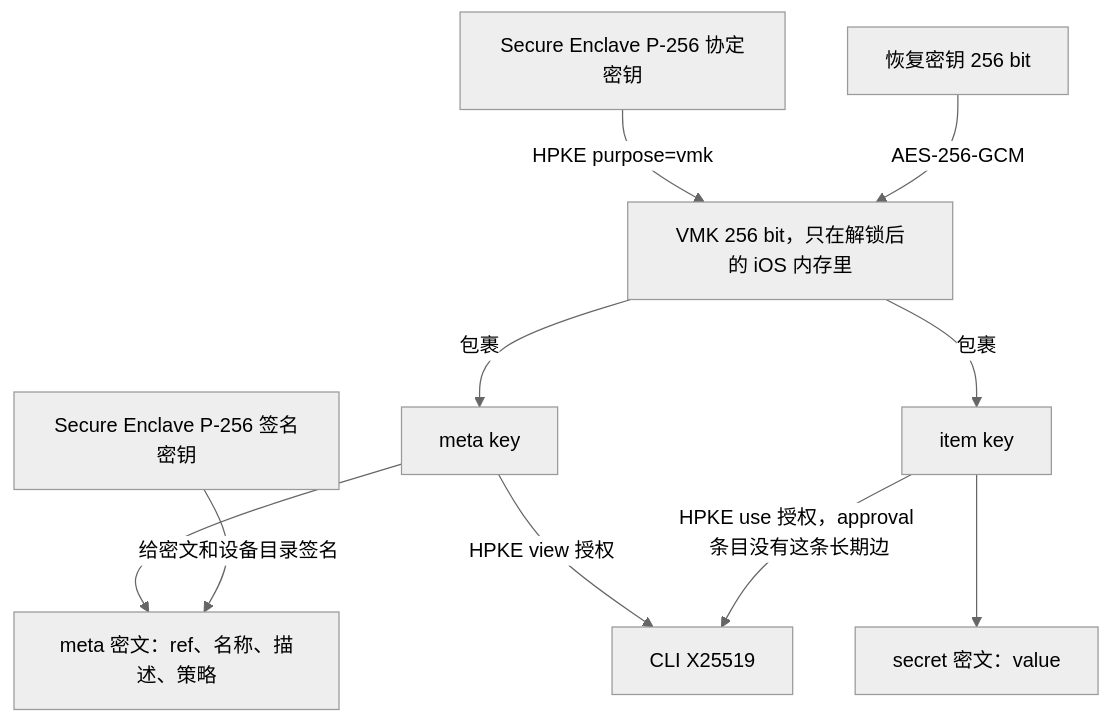
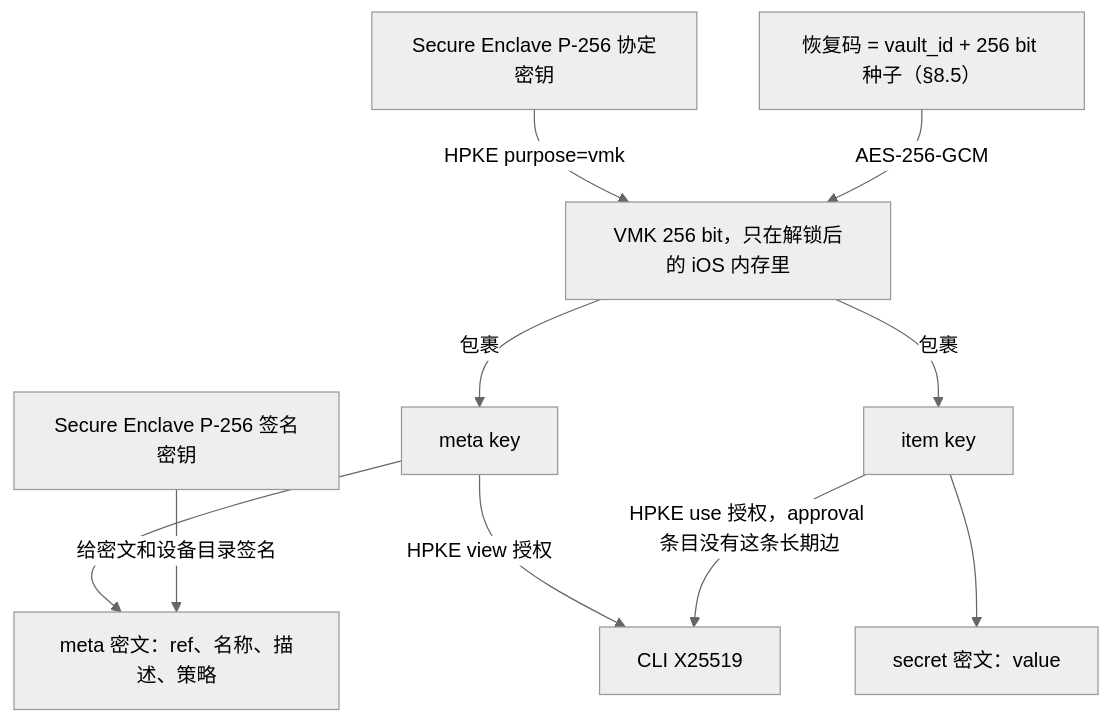
The third of 3 diagrams in docs/design.md (lidessen/keyref), drawn with Mermaid (neutral theme) before and after one commit. The commit also changed other lines of this file and 2 other files, not shown here.

````diff
--- a/docs/design.md
+++ b/docs/design.md
@@ -672,22 +754,22 @@
 ```mermaid
 flowchart TB
   SE["Secure Enclave P-256 协定密钥"]
   Sign["Secure Enclave P-256 签名密钥"]
   VMK["VMK 256 bit，只在解锁后的 iOS 内存里"]
-  Rec["恢复密钥 256 bit"]
+  Rec["恢复码 = vault_id + 256 bit 种子（§8.5）"]
   MetaK["meta key"]
   ItemK["item key"]
   MetaCT["meta 密文：ref、名称、描述、策略"]
   SecCT["secret 密文：value"]
   CLIkey["CLI X25519"]
 
   SE -->|HPKE purpose=vmk| VMK
   Rec -->|AES-256-GCM| VMK
   VMK -->|包裹| MetaK
   VMK -->|包裹| ItemK
   MetaK --> MetaCT
   ItemK --> SecCT
   Sign -->|给密文和设备目录签名| MetaCT
   MetaK -->|HPKE view 授权| CLIkey
   ItemK -->|HPKE use 授权，approval 条目没有这条长期边| CLIkey
 ```
````
